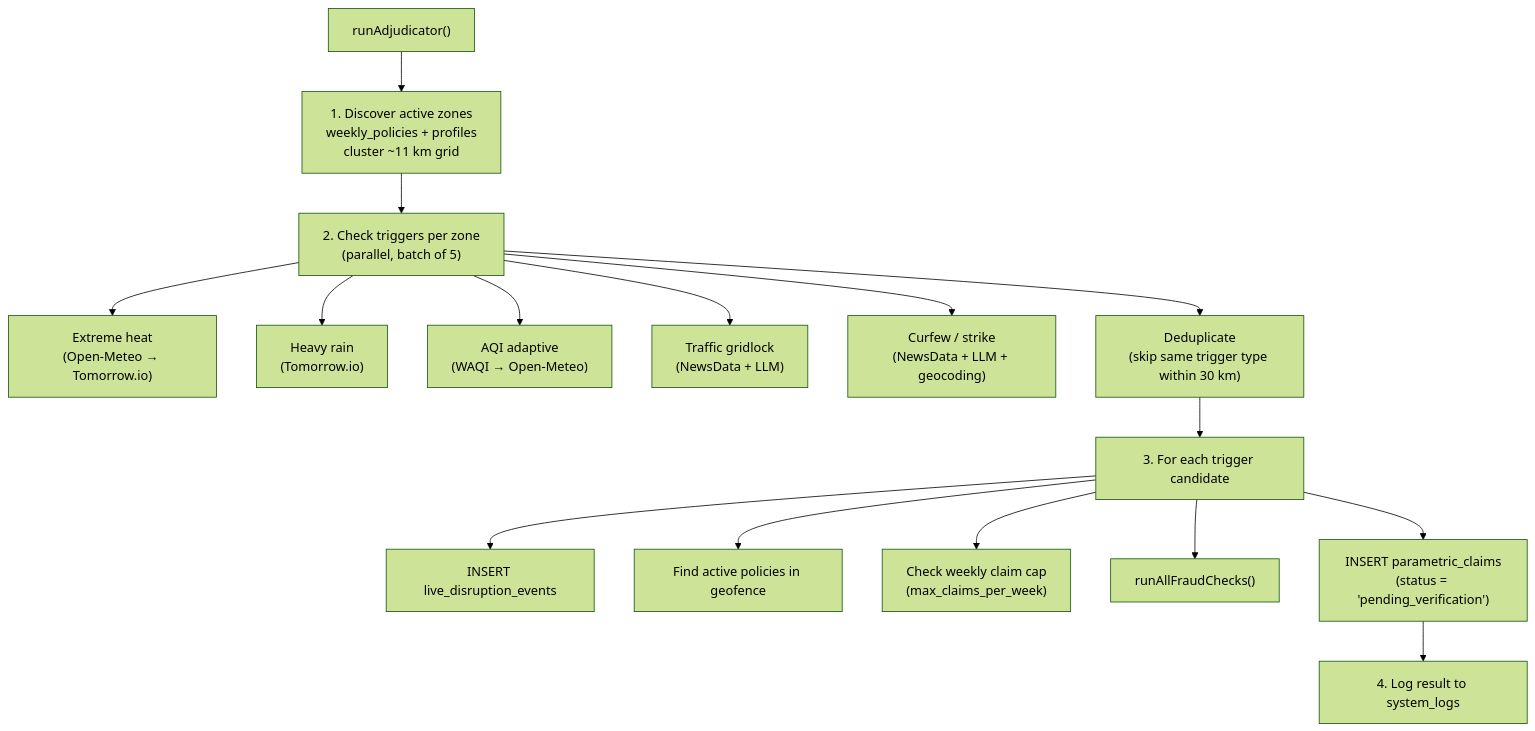
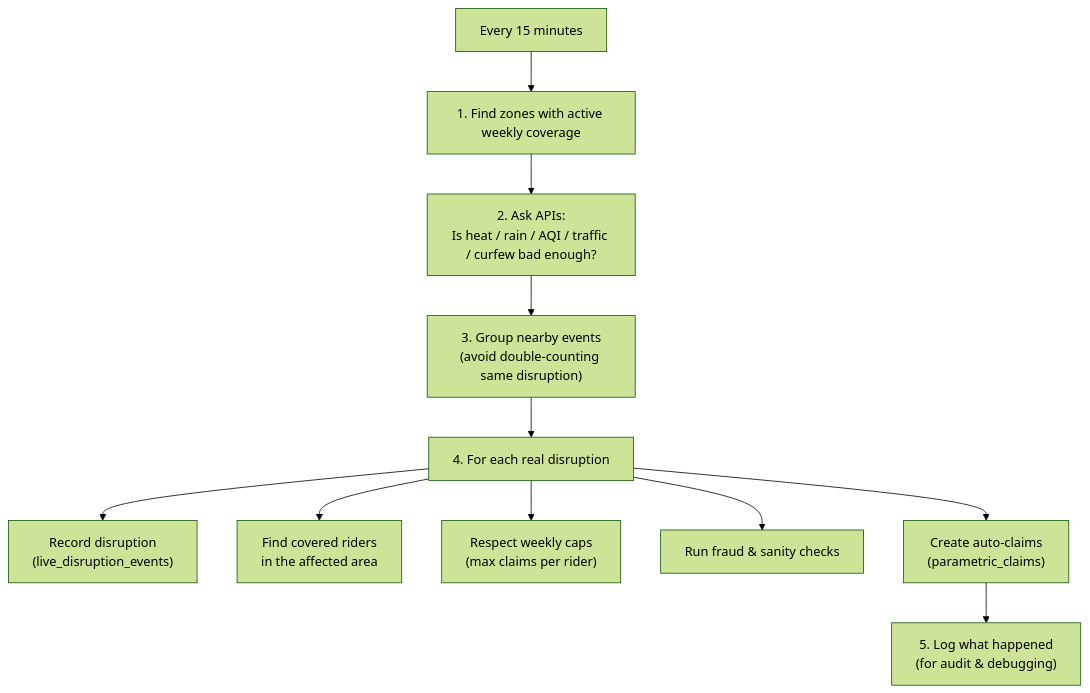
One commit to lohitkolluri/Oasis changed the fourth of 4 diagrams in Docs/src/content/docs/architecture.mdx. Above: the diagram before and after it, drawn with Mermaid (forest theme). The commit also changed other lines of this file and 9 other files, not shown here.

````diff
--- a/Docs/src/content/docs/architecture.mdx
+++ b/Docs/src/content/docs/architecture.mdx
@@ -68,20 +83,15 @@
 ```mermaid
 flowchart TB
-    Start["runAdjudicator()"] --> Z["1. Discover active zones\nweekly_policies + profiles\ncluster ~11 km grid"]
-    Z --> T["2. Check triggers per zone\n(parallel, batch of 5)"]
-    T --> Heat["Extreme heat\n(Open-Meteo → Tomorrow.io)"]
-    T --> Rain["Heavy rain\n(Tomorrow.io)"]
-    T --> AQI["AQI adaptive\n(WAQI → Open-Meteo)"]
-    T --> Traffic["Traffic gridlock\n(NewsData + LLM)"]
-    T --> Curfew["Curfew / strike\n(NewsData + LLM + geocoding)"]
-    T --> DD["Deduplicate\n(skip same trigger type within 30 km)"]
+    Start["Every 15 minutes"] --> Z["1. Find zones with active weekly coverage"]
+    Z --> T["2. Ask APIs:\nIs heat / rain / AQI / traffic / curfew bad enough?"]
+    T --> DD["3. Group nearby events\n(avoid double-counting same disruption)"]
 
-    DD --> Loop["3. For each trigger candidate"]
-    Loop --> Evt["INSERT live_disruption_events"]
-    Loop --> Pol["Find active policies in geofence"]
-    Loop --> Cap["Check weekly claim cap\n(max_claims_per_week)"]
-    Loop --> Fraud["runAllFraudChecks()"]
-    Loop --> Claims["INSERT parametric_claims\n(status = 'pending_verification')"]
+    DD --> Loop["4. For each real disruption"]
+    Loop --> Evt["Record disruption\n(live_disruption_events)"]
+    Loop --> Pol["Find covered riders\nin the affected area"]
+    Loop --> Cap["Respect weekly caps\n(max claims per rider)"]
+    Loop --> Fraud["Run fraud & sanity checks"]
+    Loop --> Claims["Create auto-claims\n(parametric_claims)"]
 
-    Claims --> Log["4. Log result to system_logs"]
+    Claims --> Log["5. Log what happened\n(for audit & debugging)"]
 ```
````
